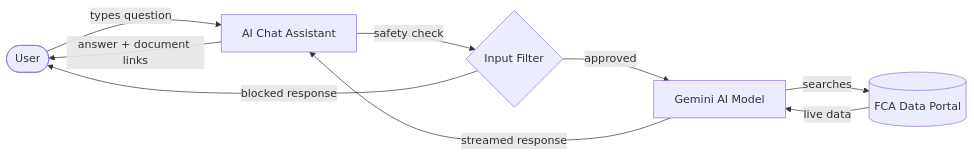
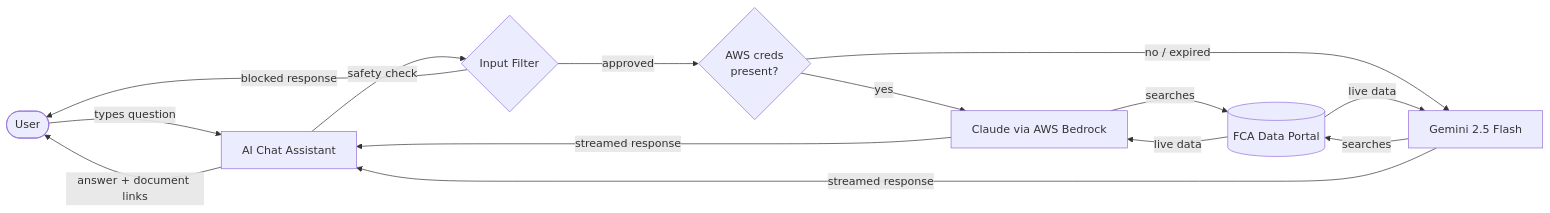
Before and after one commit to ashar87/fca-chatbot: the first of 2 diagrams in ARCHITECTURE.md, drawn with Mermaid. The commit also changed other lines of this file and 7 other files, not shown here.

First line of the commit message:
Add AWS Bedrock as primary LLM provider with Gemini fallback

````diff
--- a/ARCHITECTURE.md
+++ b/ARCHITECTURE.md
@@ -5,11 +5,16 @@
 ```mermaid
 flowchart LR
     User([User]) -->|types question| Chat[AI Chat Assistant]
     Chat -->|safety check| Guard{Input Filter}
     Guard -->|blocked response| User
-    Guard -->|approved| AI[Gemini AI Model]
-    AI -->|searches| FCA[(FCA Data Portal)]
-    FCA -->|live data| AI
-    AI -->|streamed response| Chat
+    Guard -->|approved| Provider{AWS creds\npresent?}
+    Provider -->|yes| Bedrock[Claude via AWS Bedrock]
+    Provider -->|no / expired| Gemini[Gemini 2.5 Flash]
+    Bedrock -->|searches| FCA[(FCA Data Portal)]
+    Gemini -->|searches| FCA
+    FCA -->|live data| Bedrock
+    FCA -->|live data| Gemini
+    Bedrock -->|streamed response| Chat
+    Gemini -->|streamed response| Chat
     Chat -->|answer + document links| User
 ```
````
